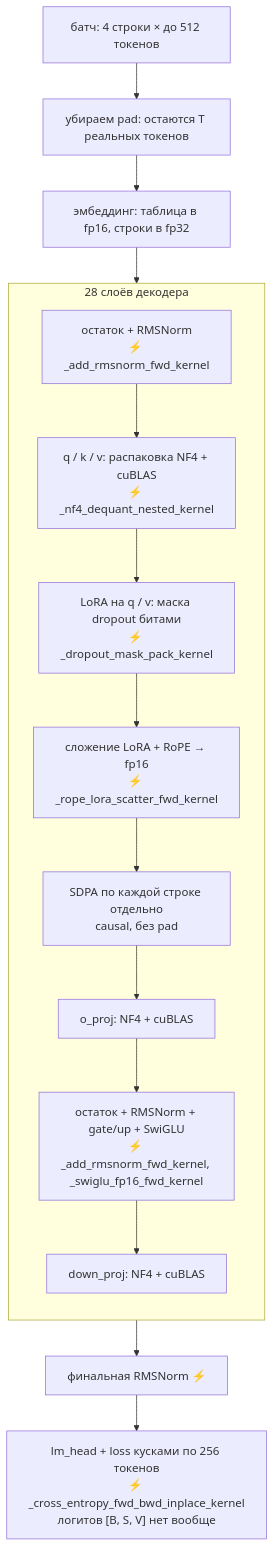
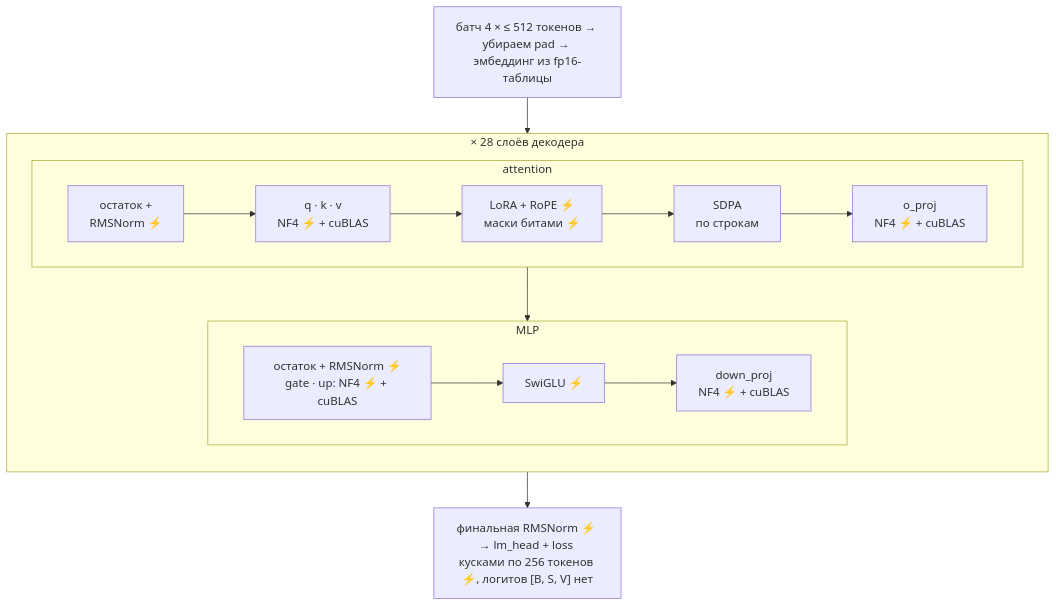
Before and after one commit to Raul12-bit/decentrahon6.0: the first of 2 diagrams in README.md, drawn with Mermaid. The commit also changed other lines of this file, not shown here.

Commit message:
README: compact fast-path diagram (two rows per layer instead of one tall column)

````diff
--- a/README.md
+++ b/README.md
@@ -79,18 +79,17 @@
 ```mermaid
 flowchart TB
-    IN["батч: 4 строки × до 512 токенов"] --> UNPAD["убираем pad: остаются T реальных токенов"]
-    UNPAD --> EMB["эмбеддинг: таблица в fp16, строки в fp32"]
-    EMB --> LAYER
-    subgraph LAYER["28 слоёв декодера"]
+    IN["батч 4 × ≤ 512 токенов → убираем pad → эмбеддинг из fp16-таблицы"] --> ATT
+    subgraph LAYER["× 28 слоёв декодера"]
         direction TB
-        N1["остаток + RMSNorm<br/>⚡ _add_rmsnorm_fwd_kernel"] --> QKV["q / k / v: распаковка NF4 + cuBLAS<br/>⚡ _nf4_dequant_nested_kernel"]
-        QKV --> LORA["LoRA на q / v: маска dropout битами<br/>⚡ _dropout_mask_pack_kernel"]
-        LORA --> ROPE["сложение LoRA + RoPE → fp16<br/>⚡ _rope_lora_scatter_fwd_kernel"]
-        ROPE --> ATTN["SDPA по каждой строке отдельно<br/>causal, без pad"]
-        ATTN --> O["o_proj: NF4 + cuBLAS"]
-        O --> MLP["остаток + RMSNorm + gate/up + SwiGLU<br/>⚡ _add_rmsnorm_fwd_kernel, _swiglu_fp16_fwd_kernel"]
-        MLP --> DOWN["down_proj: NF4 + cuBLAS"]
+        subgraph ATT["attention"]
+            direction LR
+            N1["остаток +<br/>RMSNorm ⚡"] --> QKV["q · k · v<br/>NF4 ⚡ + cuBLAS"] --> R["LoRA + RoPE ⚡<br/>маски битами ⚡"] --> S["SDPA<br/>по строкам"] --> O["o_proj<br/>NF4 ⚡ + cuBLAS"]
+        end
+        subgraph MLP["MLP"]
+            direction LR
+            M["остаток + RMSNorm ⚡<br/>gate · up: NF4 ⚡ + cuBLAS"] --> SW["SwiGLU ⚡"] --> D["down_proj<br/>NF4 ⚡ + cuBLAS"]
+        end
+        ATT --> MLP
     end
-    LAYER --> NORM["финальная RMSNorm ⚡"]
-    NORM --> CE["lm_head + loss кусками по 256 токенов<br/>⚡ _cross_entropy_fwd_bwd_inplace_kernel<br/>логитов [B, S, V] нет вообще"]
+    MLP --> OUT["финальная RMSNorm ⚡ → lm_head + loss кусками по 256 токенов ⚡, логитов [B, S, V] нет"]
 ```
````
